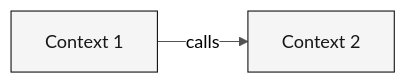
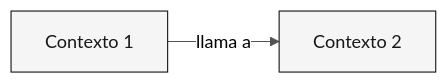
One commit to paulasilvatech/datacorp-sifap-team-kit-pt-br changed the diagram in 02-modern-spec/templates/bounded-contexts.template.md. Above: the diagram before and after it, drawn with Mermaid. The commit also changed other lines of this file and 386 other files, not shown here.

````diff
--- a/02-modern-spec/templates/bounded-contexts.template.md
+++ b/02-modern-spec/templates/bounded-contexts.template.md
@@ -68,7 +68,7 @@
 ```mermaid
 %%{init: {'theme':'neutral','themeVariables':{'fontFamily':'ui-sans-serif, system-ui, sans-serif','primaryColor':'#F5F5F5','primaryTextColor':'#171717','primaryBorderColor':'#171717','lineColor':'#525252','secondaryColor':'#FFFFFF','tertiaryColor':'#FAFAFA','background':'#FFFFFF'}}}%%
 flowchart LR
     classDef ctx fill:#F5F5F5,stroke:#171717,color:#171717
 
-    CTX1["Context 1"]:::ctx -->|"calls"| CTX2["Context 2"]:::ctx
+    CTX1["Contexto 1"]:::ctx -->|"llama a"| CTX2["Contexto 2"]:::ctx
 ```
````
